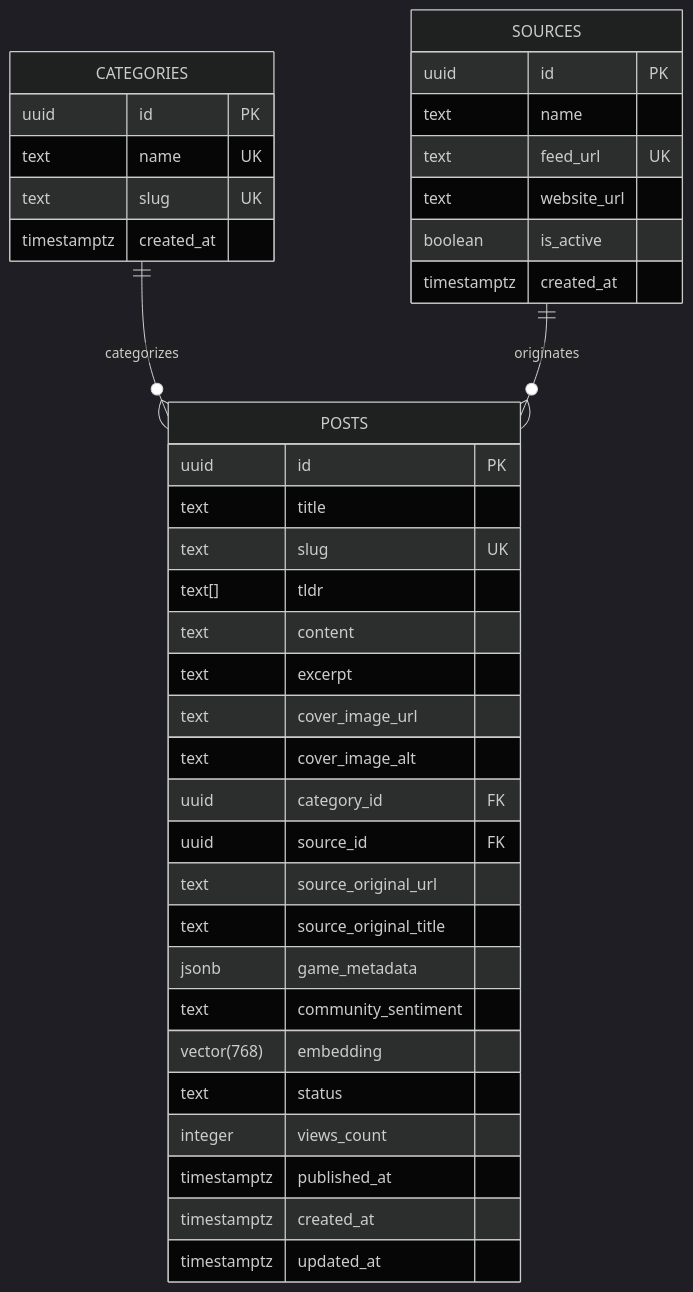
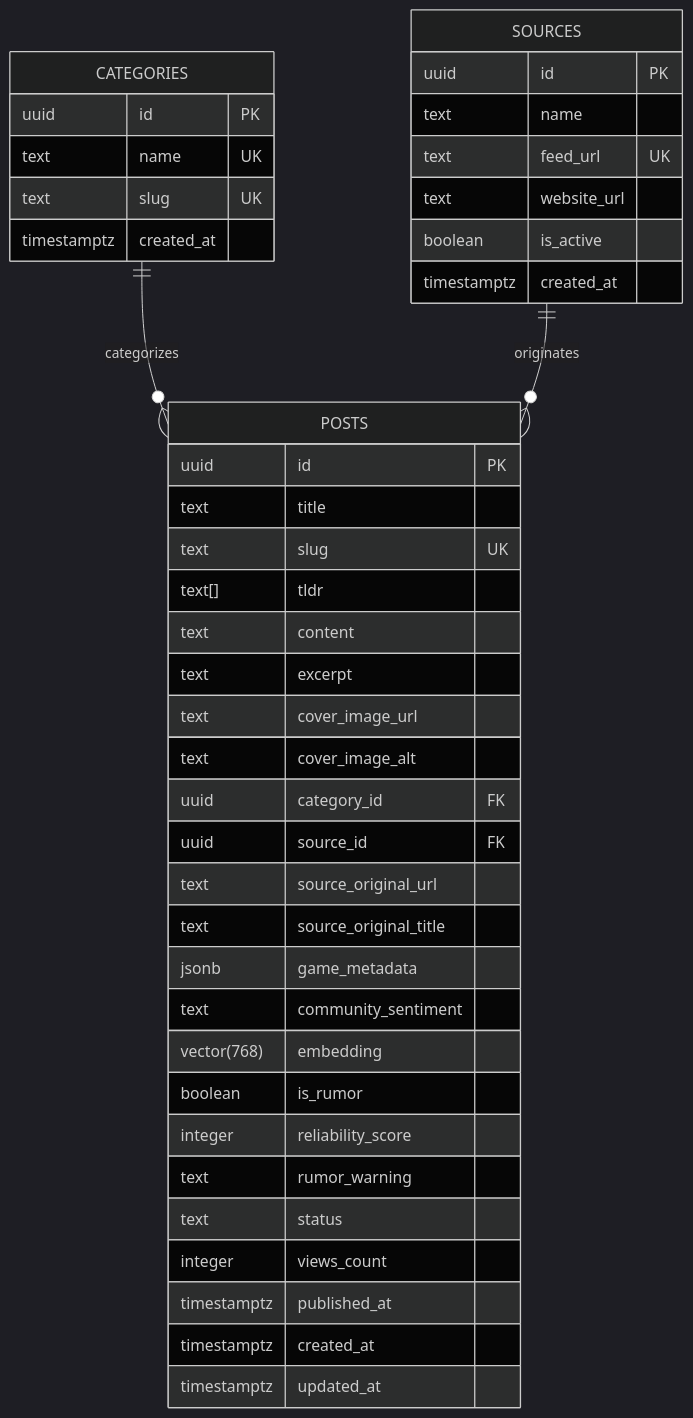
Before and after one commit to JuanBMMontesinos/AIGamePortal: the diagram in docs/database.md, drawn with Mermaid (dark theme). The commit also changed other lines of this file and 13 other files, not shown here.

Commit message:
feat: add fact-checking reliability features, rumor banner components, and database migration

````diff
--- a/docs/database.md
+++ b/docs/database.md
@@ -9,44 +9,47 @@
 ```mermaid
 erDiagram
     CATEGORIES ||--o{ POSTS : categorizes
     SOURCES ||--o{ POSTS : originates
 
     CATEGORIES {
         uuid id PK
         text name UK
         text slug UK
         timestamptz created_at
     }
 
     SOURCES {
         uuid id PK
         text name
         text feed_url UK
         text website_url
         boolean is_active
         timestamptz created_at
     }
 
     POSTS {
         uuid id PK
         text title
         text slug UK
         text[] tldr
         text content
         text excerpt
         text cover_image_url
         text cover_image_alt
         uuid category_id FK
         uuid source_id FK
         text source_original_url
         text source_original_title
         jsonb game_metadata
         text community_sentiment
         vector(768) embedding
+        boolean is_rumor
+        integer reliability_score
+        text rumor_warning
         text status
         integer views_count
         timestamptz published_at
         timestamptz created_at
         timestamptz updated_at
     }
 ```
````
